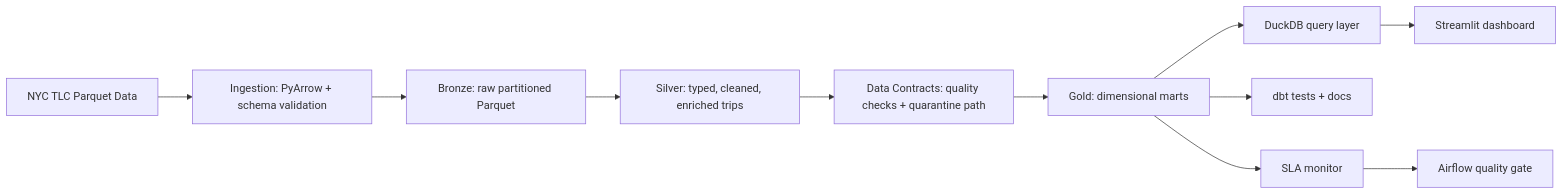
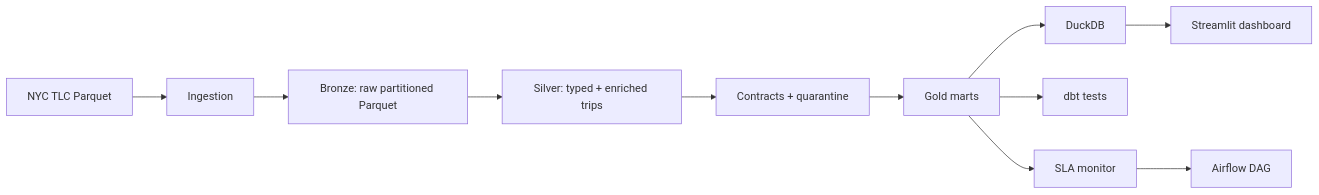
Before and after one commit to baddy1411/nyc-taxi-lakehouse: the diagram in README.md, drawn with Mermaid. The commit also changed other lines of this file and 2 other files, not shown here.

````diff
--- a/README.md
+++ b/README.md
@@ -59,13 +35,13 @@
 ```mermaid
 flowchart LR
-    A["NYC TLC Parquet Data"] --> B["Ingestion: PyArrow + schema validation"]
+    A["NYC TLC Parquet"] --> B["Ingestion"]
     B --> C["Bronze: raw partitioned Parquet"]
-    C --> D["Silver: typed, cleaned, enriched trips"]
-    D --> E["Data Contracts: quality checks + quarantine path"]
-    E --> F["Gold: dimensional marts"]
-    F --> G["DuckDB query layer"]
+    C --> D["Silver: typed + enriched trips"]
+    D --> E["Contracts + quarantine"]
+    E --> F["Gold marts"]
+    F --> G["DuckDB"]
     G --> H["Streamlit dashboard"]
-    F --> I["dbt tests + docs"]
+    F --> I["dbt tests"]
     F --> J["SLA monitor"]
-    J --> K["Airflow quality gate"]
+    J --> K["Airflow DAG"]
 ```
````
